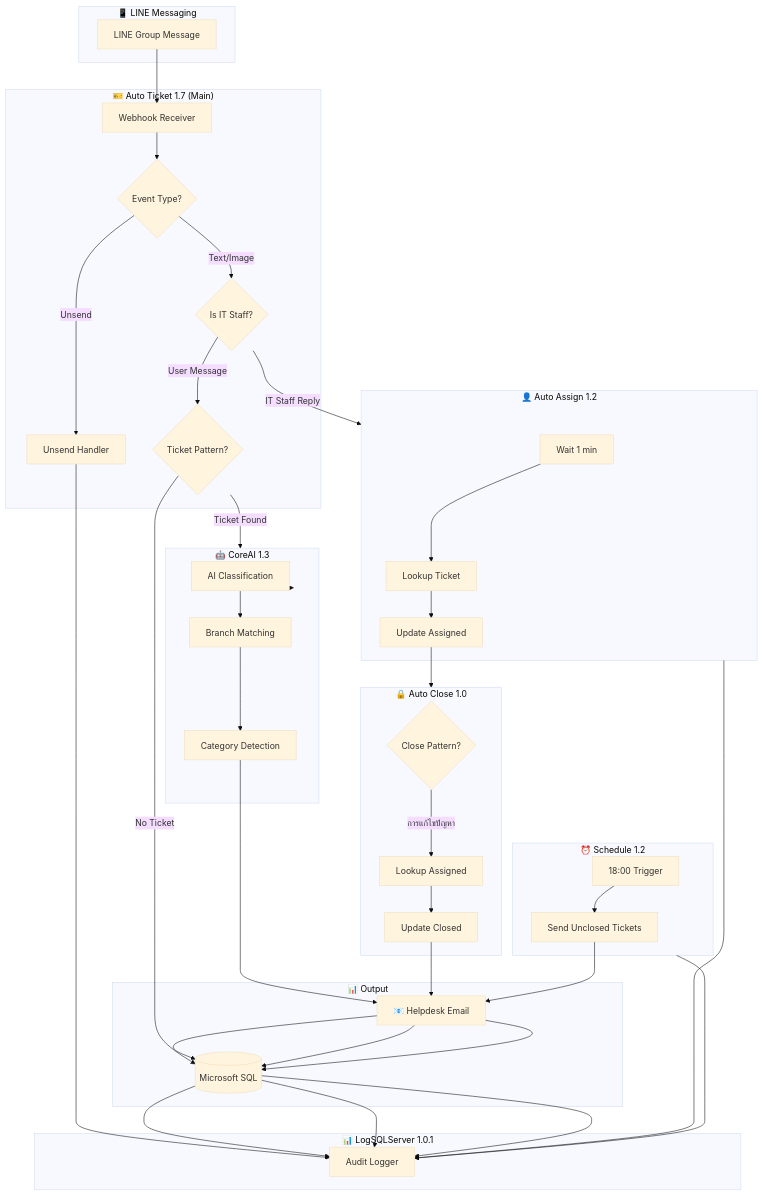
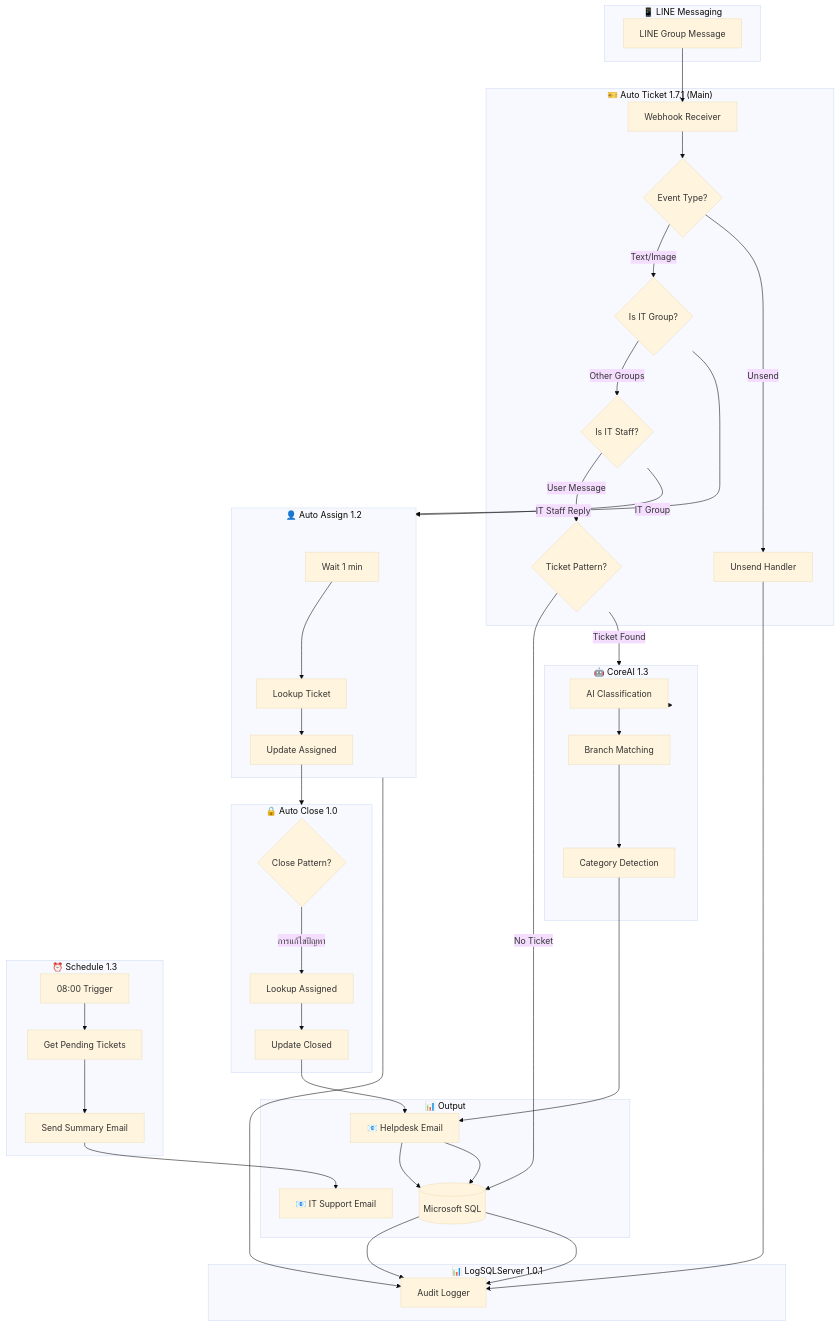
Before and after one commit to Piyabordee/n8n-auto-ticket-system: the first of 2 diagrams in README.md, drawn with Mermaid (base theme). The commit also changed other lines of this file and 5 other files, not shown here.

First line of the commit message:
feat: Update Auto Ticket System to v1.7.4

````diff
--- a/README.md
+++ b/README.md
@@ -39,59 +39,63 @@
 ```mermaid
 flowchart TB
     subgraph LINE["📱 LINE Messaging"]
         A[LINE Group Message]
     end
 
-    subgraph Main["🎫 Auto Ticket 1.7 (Main)"]
+    subgraph Main["🎫 Auto Ticket 1.7.1 (Main)"]
         B[Webhook Receiver]
         C{Event Type?}
-        D{Is IT Staff?}
-        E{Ticket Pattern?}
-        F[Unsend Handler]
+        D{Is IT Group?}
+        E{Is IT Staff?}
+        F{Ticket Pattern?}
+        G[Unsend Handler]
     end
 
     subgraph AI["🤖 CoreAI 1.3"]
-        G[AI Classification]
-        H[Branch Matching]
-        I[Category Detection]
+        H[AI Classification]
+        I[Branch Matching]
+        J[Category Detection]
     end
 
     subgraph Assign["👤 Auto Assign 1.2"]
-        J[Wait 1 min]
-        K[Lookup Ticket]
-        L[Update Assigned]
+        K[Wait 1 min]
+        L[Lookup Ticket]
+        M[Update Assigned]
     end
 
     subgraph Close["🔒 Auto Close 1.0"]
-        M{Close Pattern?}
-        N[Lookup Assigned]
-        O[Update Closed]
+        N{Close Pattern?}
+        O[Lookup Assigned]
+        P[Update Closed]
     end
 
-    subgraph Schedule["⏰ Schedule 1.2"]
-        P[18:00 Trigger]
-        Q[Send Unclosed Tickets]
+    subgraph Schedule["⏰ Schedule 1.3"]
+        Q[08:00 Trigger]
+        R[Get Pending Tickets]
+        S[Send Summary Email]
     end
 
     subgraph Audit["📊 LogSQLServer 1.0.1"]
-        R[Audit Logger]
+        T[Audit Logger]
     end
 
     subgraph Output["📊 Output"]
-        S[(Microsoft SQL)]
-        T[📧 Helpdesk Email]
+        U[(Microsoft SQL)]
+        V[📧 Helpdesk Email]
+        W[📧 IT Support Email]
     end
 
     A --> B --> C
     C -->|Text/Image| D
-    C -->|Unsend| F --> R
-    D -->|IT Staff Reply| Assign
-    D -->|User Message| E
-    E -->|Ticket Found| AI --> G --> H --> I --> T --> S --> R
-    E -->|No Ticket| S
-    J --> K --> L --> Close
-    M -->|การแก้ไขปัญหา| N --> O --> T --> S --> R
-    P --> Q --> T --> S --> R
-    Assign --> R
-    Schedule --> R
+    C -->|Unsend| G --> T
+    D -->|IT Group| Assign
+    D -->|Other Groups| E
+    E -->|IT Staff Reply| Assign
+    E -->|User Message| F
+    F -->|Ticket Found| AI --> H --> I --> J --> V --> U --> T
+    F -->|No Ticket| U
+    K --> L --> M --> Close
+    N -->|การแก้ไขปัญหา| O --> P --> V --> U --> T
+    Q --> R --> S --> W
+    Assign --> T
 ```
````
